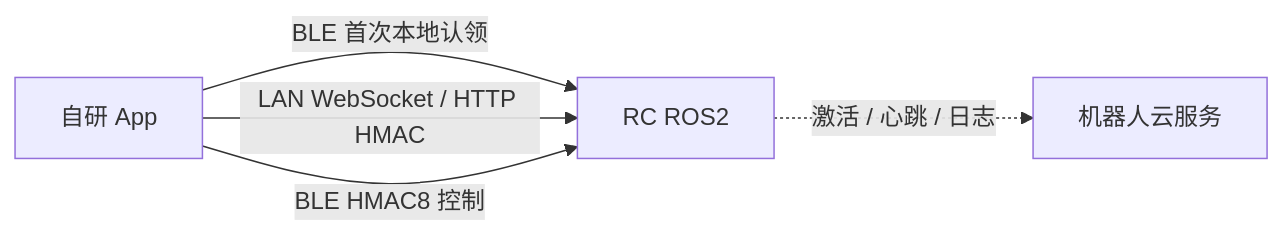
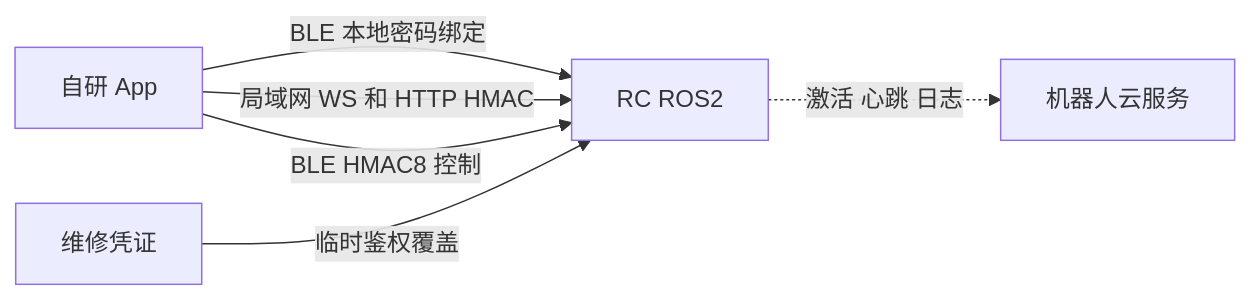
One commit to bxirobotics/BXI_Wiki changed the diagram in docs/software/new_backend_api.zh.md. Above: the diagram before and after it, drawn with Mermaid. The commit also changed other lines of this file and 1 other file, not shown here.

````diff
--- a/docs/software/new_backend_api.zh.md
+++ b/docs/software/new_backend_api.zh.md
@@ -15,7 +15,8 @@
 ```mermaid
 flowchart LR
-    A[自研 App] -->|BLE 首次本地认领| R[RC ROS2]
-    A -->|LAN WebSocket / HTTP HMAC| R
+    A[自研 App] -->|BLE 本地密码绑定| R[RC ROS2]
+    A -->|局域网 WS 和 HTTP HMAC| R
     A -->|BLE HMAC8 控制| R
-    R -.->|激活 / 心跳 / 日志| C[机器人云服务]
+    M[维修凭证] -->|临时鉴权覆盖| R
+    R -.->|激活 心跳 日志| C[机器人云服务]
 ```
````
